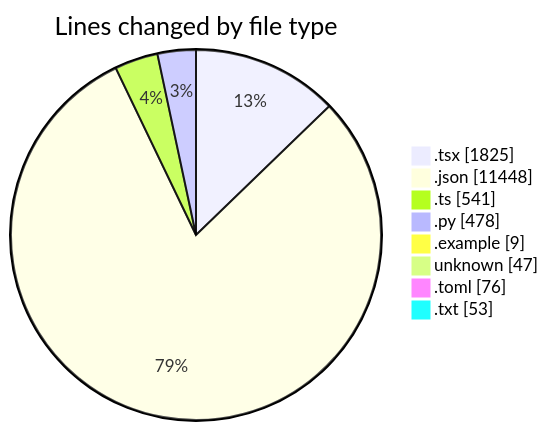
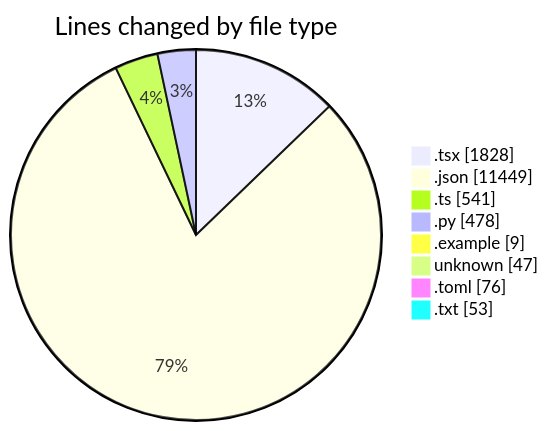
Before and after one commit to Elitesun/code-tracking: the first of 2 diagrams in 2025-04-30/niten/README.md, drawn with Mermaid. The commit also changed other lines of this file and 1 other file, not shown here.

````diff
--- a/2025-04-30/niten/README.md
+++ b/2025-04-30/niten/README.md
@@ -67,12 +67,12 @@
 ```mermaid
 pie showData
 title Lines changed by file type
-".tsx" : 1825
-".json" : 11448
+".tsx" : 1828
+".json" : 11449
 ".ts" : 541
 ".py" : 478
 ".example" : 9
 "unknown" : 47
 ".toml" : 76
 ".txt" : 53
 ```
````
